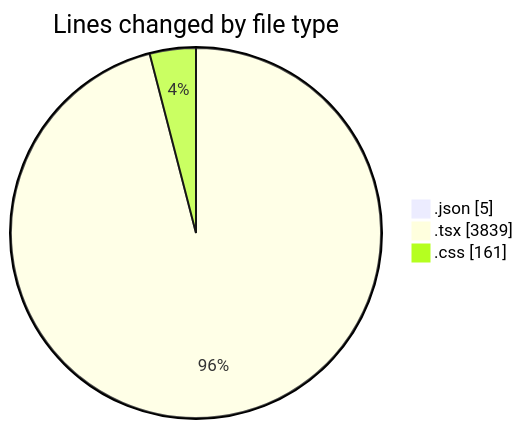
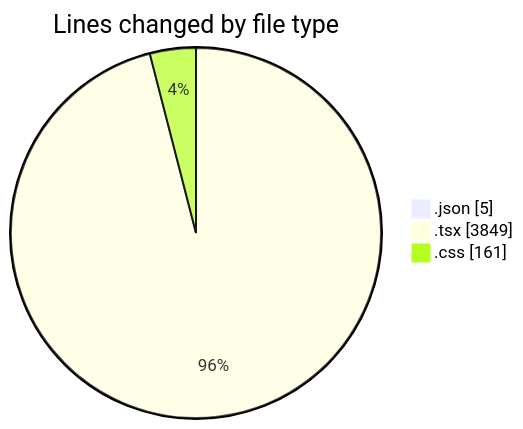
One commit to Elitesun/code-tracking changed the first of 2 diagrams in 2025-05-29/advertise/README.md. Above: the diagram before and after it, drawn with Mermaid. The commit also changed other lines of this file and 1 other file, not shown here.

````diff
--- a/2025-05-29/advertise/README.md
+++ b/2025-05-29/advertise/README.md
@@ -34,7 +34,7 @@
 ```mermaid
 pie showData
 title Lines changed by file type
 ".json" : 5
-".tsx" : 3839
+".tsx" : 3849
 ".css" : 161
 ```
````
